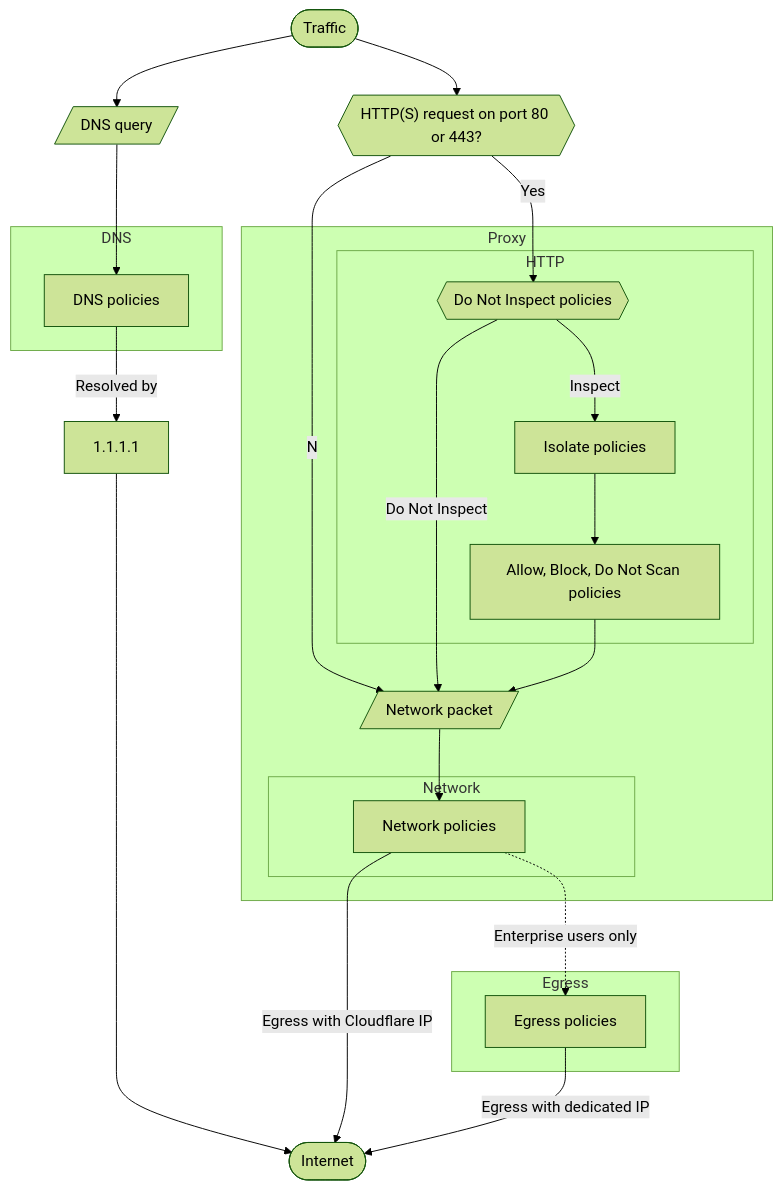
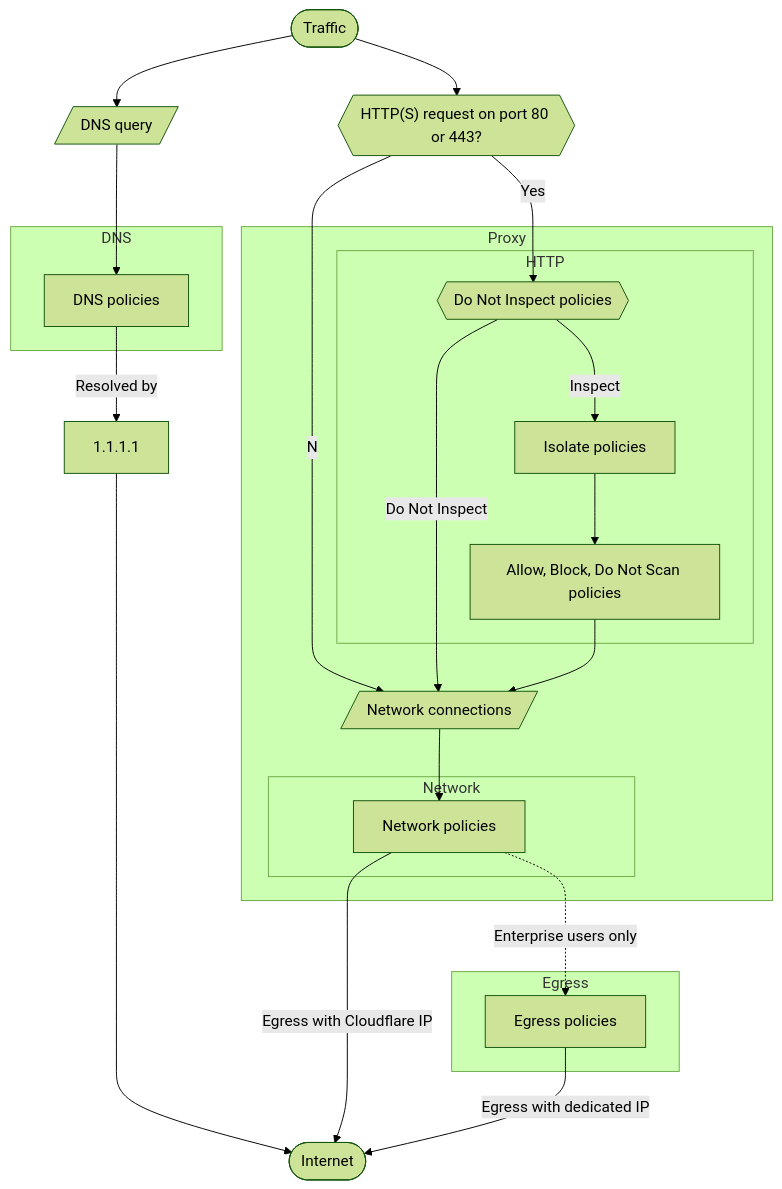
The diagram in content/cloudflare-one/policies/gateway/order-of-enforcement.md (cloudflare/cloudflare-docs), drawn with Mermaid (forest theme) before and after one commit.

Commit message:
Change 'packets' --> 'connections'

````diff
--- a/content/cloudflare-one/policies/gateway/order-of-enforcement.md
+++ b/content/cloudflare-one/policies/gateway/order-of-enforcement.md
@@ -11,44 +11,44 @@
 ```mermaid
 flowchart TB
     %% In with user traffic
     start(["Traffic"])-->dns0[/"DNS query"/]-->dns1
     start-->http0{{"HTTP(S) request on port 80 or 443?"}}
     http0--Yes-->http1
     http0--No-->network0
 
     %% DNS policies
     subgraph DNS
     dns1["DNS policies"]
     style DNS text-align:left
     end
     dns1--Resolved by-->dns2["1.1.1.1"]------>internet
 
     %% Proxied by Gateway
     subgraph Proxy
 
     %% HTTP policies
     subgraph HTTP
     http1{{"Do Not Inspect policies"}}
     http1--Inspect-->http2["Isolate policies"]
     http2-->http3["Allow, Block, Do Not Scan policies"]
     end
 
     http1--Do Not Inspect-->network0
     http3-->network0
-    network0[/"Network packet"/]-->network1
+    network0[/"Network connections"/]-->network1
 
     %% Network policies
     subgraph Network
     network1["Network policies"]
     end
     end
 
     %% Egress
     subgraph Egress
     network1-.Enterprise users only.->egress1[Egress policies]
     end
 
     %% Finish
     network1--Egress with Cloudflare IP-->internet([Internet])
     egress1--Egress with dedicated IP-->internet
 ```
````
